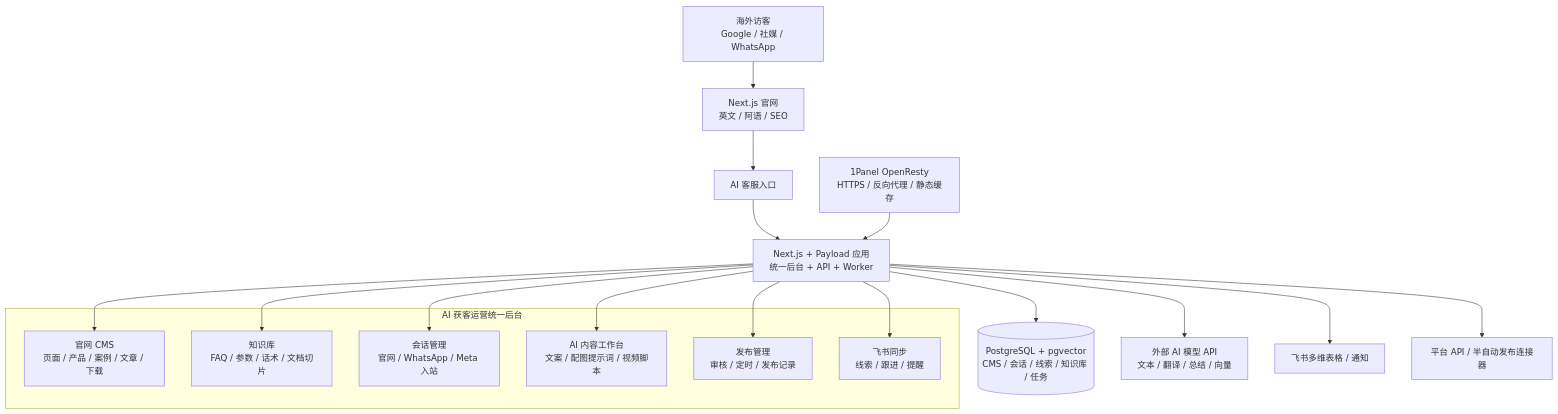
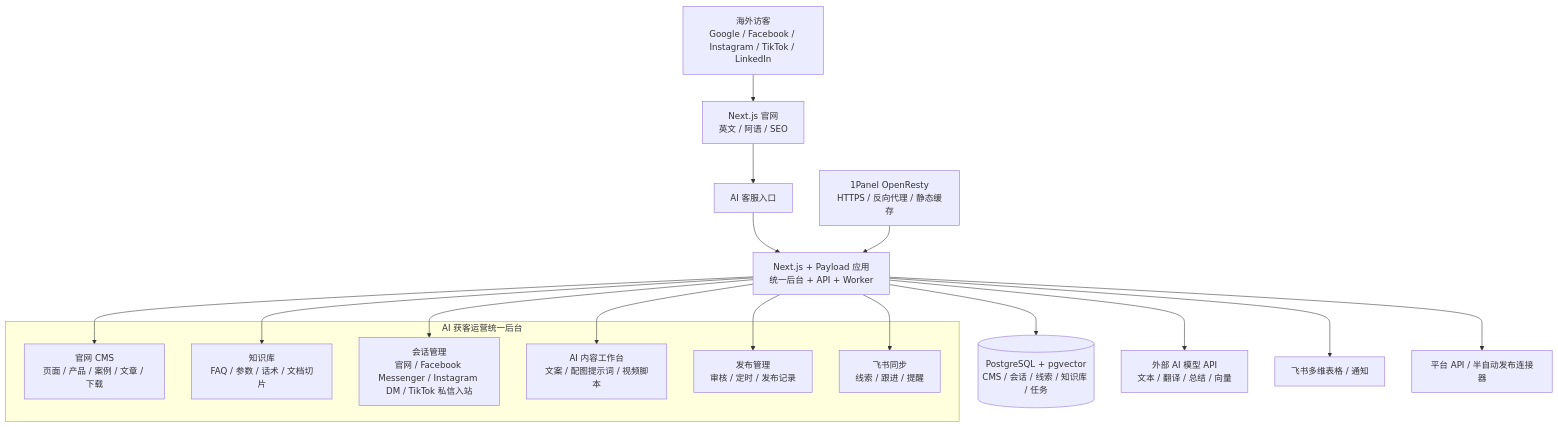
Before and after one commit to jueyunai/ivybm: the diagram in docs/architecture/一期技术选型与部署架构规划.md, drawn with Mermaid. The commit also changed other lines of this file and 15 other files, not shown here.

````diff
--- a/docs/architecture/一期技术选型与部署架构规划.md
+++ b/docs/architecture/一期技术选型与部署架构规划.md
@@ -71,29 +71,29 @@
 ```mermaid
 flowchart TB
-    U["海外访客<br/>Google / 社媒 / WhatsApp"] --> W["Next.js 官网<br/>英文 / 阿语 / SEO"]
+    U["海外访客<br/>Google / Facebook / Instagram / TikTok / LinkedIn"] --> W["Next.js 官网<br/>英文 / 阿语 / SEO"]
     W --> CHAT["AI 客服入口"]
     CHAT --> APP["Next.js + Payload 应用<br/>统一后台 + API + Worker"]
 
     subgraph ADMIN["AI 获客运营统一后台"]
         CMS["官网 CMS<br/>页面 / 产品 / 案例 / 文章 / 下载"]
         KB["知识库<br/>FAQ / 参数 / 话术 / 文档切片"]
-        MSG["会话管理<br/>官网 / WhatsApp / Meta 入站"]
+        MSG["会话管理<br/>官网 / Facebook Messenger / Instagram DM / TikTok 私信入站"]
         CW["AI 内容工作台<br/>文案 / 配图提示词 / 视频脚本"]
         PUB["发布管理<br/>审核 / 定时 / 发布记录"]
         CRM["飞书同步<br/>线索 / 跟进 / 提醒"]
     end
 
     APP --> CMS
     APP --> KB
     APP --> MSG
     APP --> CW
     APP --> PUB
     APP --> CRM
 
     APP --> DB[("PostgreSQL + pgvector<br/>CMS / 会话 / 线索 / 知识库 / 任务")]
     APP --> AI["外部 AI 模型 API<br/>文本 / 翻译 / 总结 / 向量"]
     APP --> FEISHU["飞书多维表格 / 通知"]
     APP --> SOCIAL["平台 API / 半自动发布连接器"]
 
     OPENRESTY["1Panel OpenResty<br/>HTTPS / 反向代理 / 静态缓存"] --> APP
 ```
````
